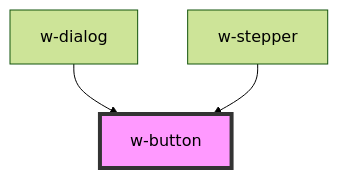
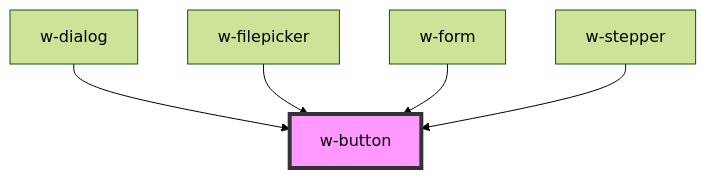
Before and after one commit to theUrbans/uniform: the diagram in src/components/w-button/readme.md, drawn with Mermaid (forest theme). The commit also changed other lines of this file and 10 other files, not shown here.

````diff
--- a/src/components/w-button/readme.md
+++ b/src/components/w-button/readme.md
@@ -36,6 +38,8 @@
 ```mermaid
 graph TD;
   w-dialog --> w-button
+  w-filepicker --> w-button
+  w-form --> w-button
   w-stepper --> w-button
   style w-button fill:#f9f,stroke:#333,stroke-width:4px
 ```
````
